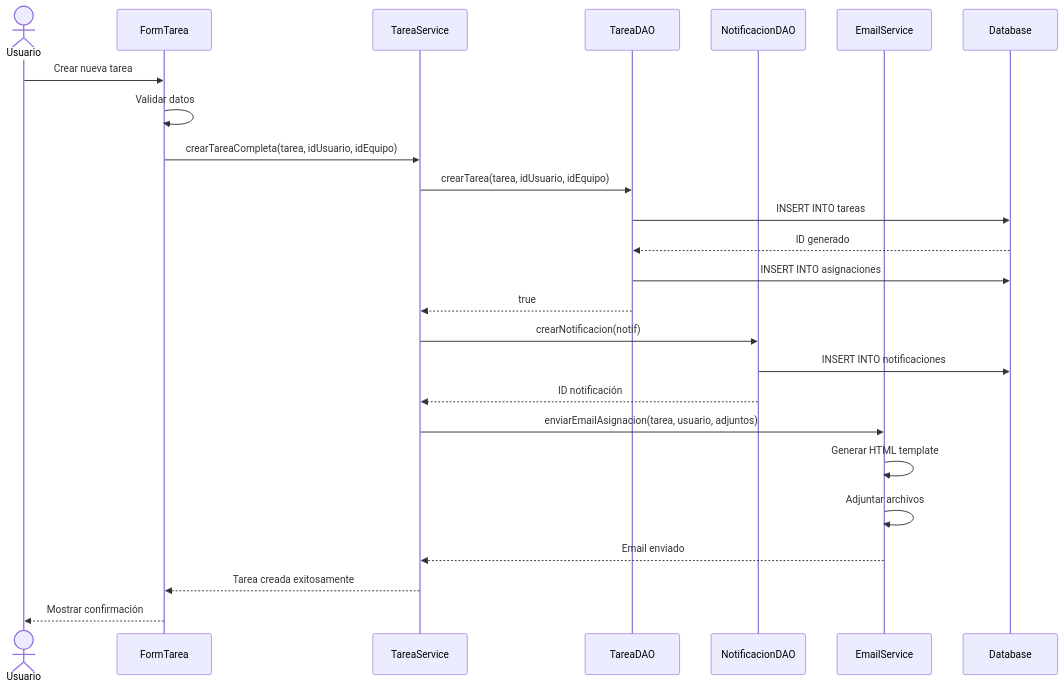
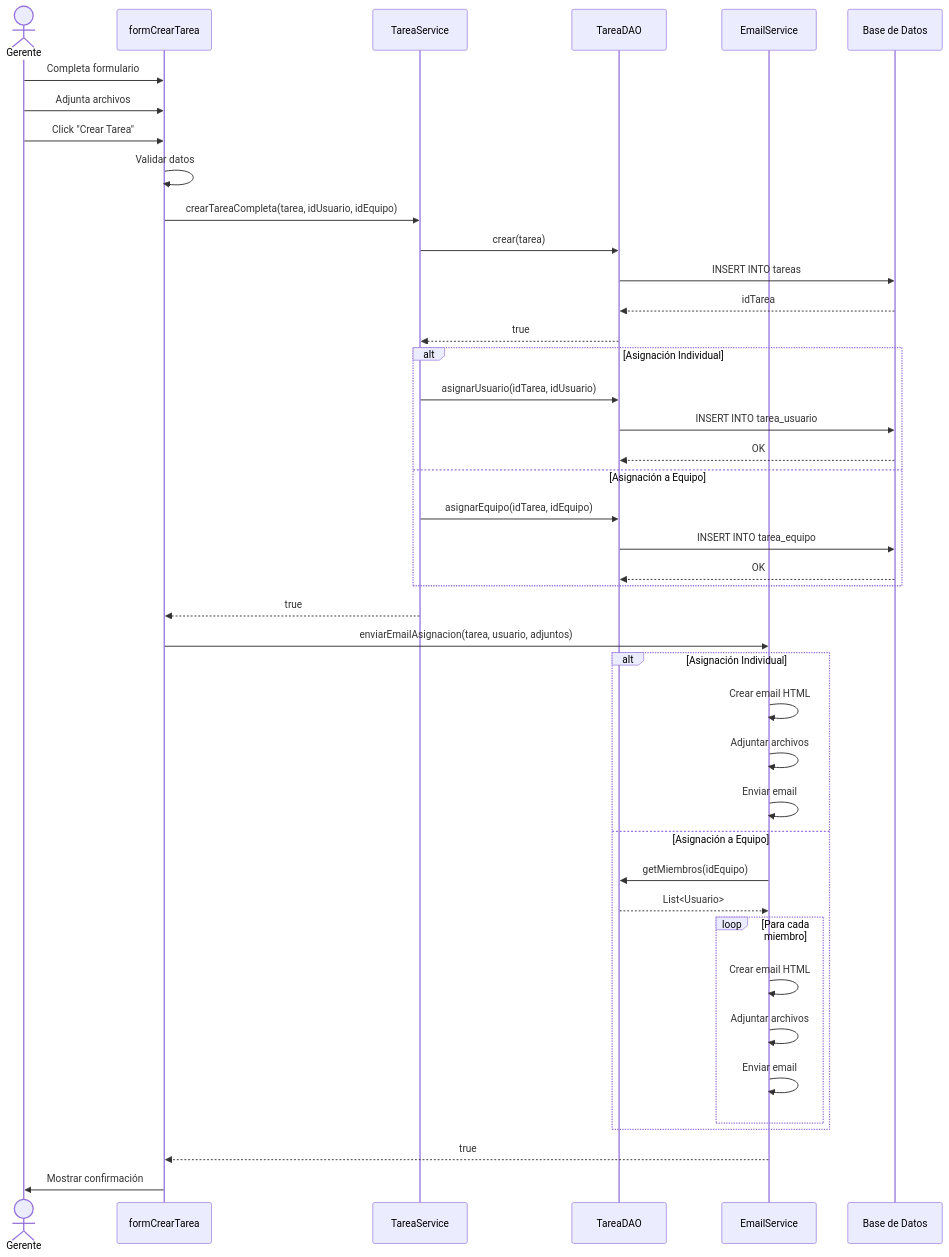
Before and after one commit to NandOwO/appTareas: the fifth of 8 diagrams in docs/DIAGRAMAS_UML.md, drawn with Mermaid. The commit also changed other lines of this file and 33 other files, not shown here.

````diff
--- a/docs/DIAGRAMAS_UML.md
+++ b/docs/DIAGRAMAS_UML.md
@@ -212,32 +211,52 @@
 ```mermaid
 sequenceDiagram
-    actor Usuario
-    participant UI as FormTarea
+    actor Gerente
+    participant UI as formCrearTarea
     participant TS as TareaService
-    participant TD as TareaDAO
-    participant ND as NotificacionDAO
+    participant DAO as TareaDAO
     participant ES as EmailService
-    participant DB as Database
-
-    Usuario->>UI: Crear nueva tarea
+    participant BD as Base de Datos
+    
+    Gerente->>UI: Completa formulario
+    Gerente->>UI: Adjunta archivos
+    Gerente->>UI: Click "Crear Tarea"
+    
     UI->>UI: Validar datos
     UI->>TS: crearTareaCompleta(tarea, idUsuario, idEquipo)
     
-    TS->>TD: crearTarea(tarea, idUsuario, idEquipo)
-    TD->>DB: INSERT INTO tareas
-    DB-->>TD: ID generado
-    TD->>DB: INSERT INTO asignaciones
-    TD-->>TS: true
+    TS->>DAO: crear(tarea)
+    DAO->>BD: INSERT INTO tareas
+    BD-->>DAO: idTarea
+    DAO-->>TS: true
     
-    TS->>ND: crearNotificacion(notif)
-    ND->>DB: INSERT INTO notificaciones
-    ND-->>TS: ID notificación
+    alt Asignación Individual
+        TS->>DAO: asignarUsuario(idTarea, idUsuario)
+        DAO->>BD: INSERT INTO tarea_usuario
+        BD-->>DAO: OK
+    else Asignación a Equipo
+        TS->>DAO: asignarEquipo(idTarea, idEquipo)
+        DAO->>BD: INSERT INTO tarea_equipo
+        BD-->>DAO: OK
+    end
     
-    TS->>ES: enviarEmailAsignacion(tarea, usuario, adjuntos)
-    ES->>ES: Generar HTML template
-    ES->>ES: Adjuntar archivos
-    ES-->>TS: Email enviado
+    TS-->>UI: true
     
-    TS-->>UI: Tarea creada exitosamente
-    UI-->>Usuario: Mostrar confirmación
+    UI->>ES: enviarEmailAsignacion(tarea, usuario, adjuntos)
+    
+    alt Asignación Individual
+        ES->>ES: Crear email HTML
+        ES->>ES: Adjuntar archivos
+        ES->>ES: Enviar email
+    else Asignación a Equipo
+        ES->>DAO: getMiembros(idEquipo)
+        DAO-->>ES: List<Usuario>
+        loop Para cada miembro
+            ES->>ES: Crear email HTML
+            ES->>ES: Adjuntar archivos
+            ES->>ES: Enviar email
+        end
+    end
+    
+    ES-->>UI: true
+    UI->>Gerente: Mostrar confirmación
 ```
````
